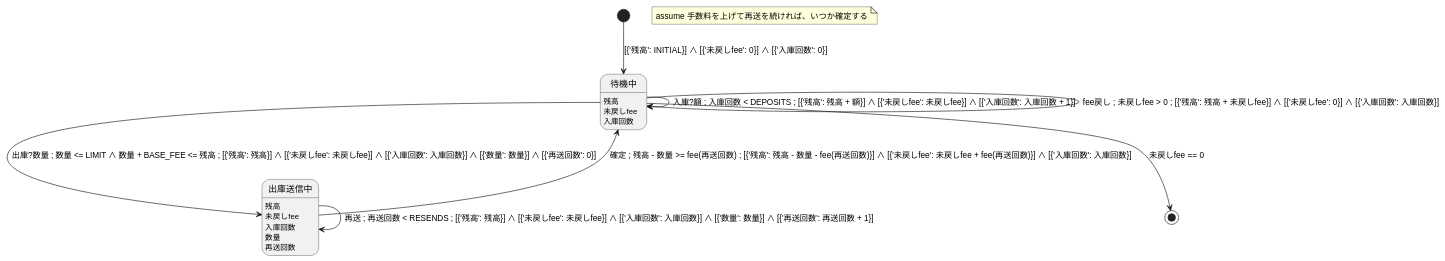
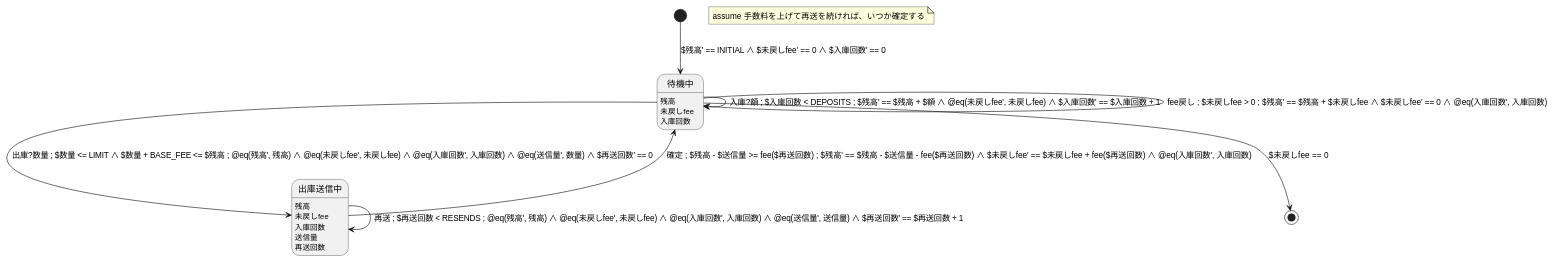
Before and after one commit to Kuniwak/puml-parallel: the diagram in examples/bmc/wallet_formal.puml, drawn with PlantUML. The commit also changed 55 other files, not shown here.

First line of the commit message:
Behavioral: Walk a diagram whose clauses are formulas

```diff
--- a/examples/bmc/wallet_formal.puml
+++ b/examples/bmc/wallet_formal.puml
@@ -1,33 +1,33 @@
 @startuml WALLET
-' A wallet in miniature, one withdrawal at a time, with every clause written in
+' A wallet in miniature, one withdrawal at a time, with every atom written in
 ' Python and read through the reference glue. 残高 is the total held in the wallets being checked; the gas
 ' wallet that pays the chain fee is a separate party's and outside it, which
 ' is why a fee return raises 残高 again. wallet_formal_checks.py names the
 ' constants the labels use and holds the domains, ghosts and invariants.
 ' 入庫回数 bounds the scenario, as the resend bound does: without it the
 ' running totals grow without end and the walk only stops at --max-states.
 state "待機中" as idle
 idle : 残高
 idle : 未戻しfee
 idle : 入庫回数
 state "出庫送信中" as sending
 sending : 残高
 sending : 未戻しfee
 sending : 入庫回数
-sending : 数量
+sending : 送信量
 sending : 再送回数
 
-[*] --> idle : [{'残高': INITIAL}] ∧ [{'未戻しfee': 0}] ∧ [{'入庫回数': 0}]
+[*] --> idle : $残高' == INITIAL ∧ $未戻しfee' == 0 ∧ $入庫回数' == 0
 
-idle --> idle : 入庫?額 ; 入庫回数 < DEPOSITS ; [{'残高': 残高 + 額}] ∧ [{'未戻しfee': 未戻しfee}] ∧ [{'入庫回数': 入庫回数 + 1}]
-idle --> sending : 出庫?数量 ; 数量 <= LIMIT ∧ 数量 + BASE_FEE <= 残高 ; [{'残高': 残高}] ∧ [{'未戻しfee': 未戻しfee}] ∧ [{'入庫回数': 入庫回数}] ∧ [{'数量': 数量}] ∧ [{'再送回数': 0}]
-sending --> sending : 再送 ; 再送回数 < RESENDS ; [{'残高': 残高}] ∧ [{'未戻しfee': 未戻しfee}] ∧ [{'入庫回数': 入庫回数}] ∧ [{'数量': 数量}] ∧ [{'再送回数': 再送回数 + 1}]
-sending --> idle : 確定 ; 残高 - 数量 >= fee(再送回数) ; [{'残高': 残高 - 数量 - fee(再送回数)}] ∧ [{'未戻しfee': 未戻しfee + fee(再送回数)}] ∧ [{'入庫回数': 入庫回数}]
-idle --> idle : fee戻し ; 未戻しfee > 0 ; [{'残高': 残高 + 未戻しfee}] ∧ [{'未戻しfee': 0}] ∧ [{'入庫回数': 入庫回数}]
+idle --> idle : 入庫?額 ; $入庫回数 < DEPOSITS ; $残高' == $残高 + $額 ∧ @eq(未戻しfee', 未戻しfee) ∧ $入庫回数' == $入庫回数 + 1
+idle --> sending : 出庫?数量 ; $数量 <= LIMIT ∧ $数量 + BASE_FEE <= $残高 ; @eq(残高', 残高) ∧ @eq(未戻しfee', 未戻しfee) ∧ @eq(入庫回数', 入庫回数) ∧ @eq(送信量', 数量) ∧ $再送回数' == 0
+sending --> sending : 再送 ; $再送回数 < RESENDS ; @eq(残高', 残高) ∧ @eq(未戻しfee', 未戻しfee) ∧ @eq(入庫回数', 入庫回数) ∧ @eq(送信量', 送信量) ∧ $再送回数' == $再送回数 + 1
+sending --> idle : 確定 ; $残高 - $送信量 >= fee($再送回数) ; $残高' == $残高 - $送信量 - fee($再送回数) ∧ $未戻しfee' == $未戻しfee + fee($再送回数) ∧ @eq(入庫回数', 入庫回数)
+idle --> idle : fee戻し ; $未戻しfee > 0 ; $残高' == $残高 + $未戻しfee ∧ $未戻しfee' == 0 ∧ @eq(入庫回数', 入庫回数)
 ' Resting with nothing in flight is a fine place to end the scenario.
-idle --> [*] : 未戻しfee == 0
+idle --> [*] : $未戻しfee == 0
 
 note as fair
   assume 手数料を上げて再送を続ければ、いつか確定する
 end note
 @enduml
```
